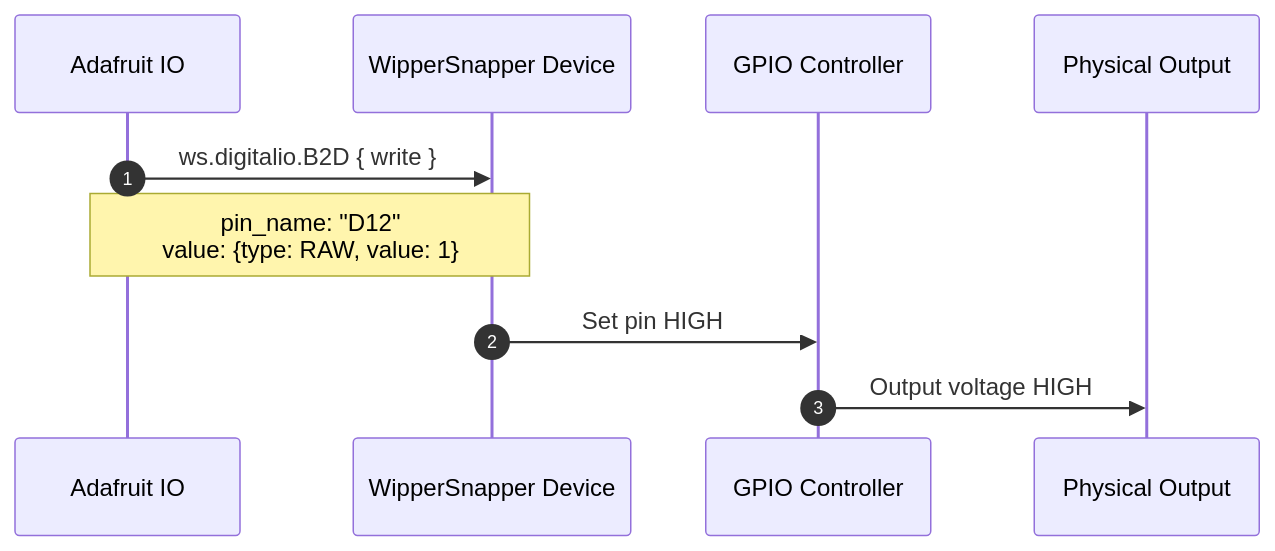
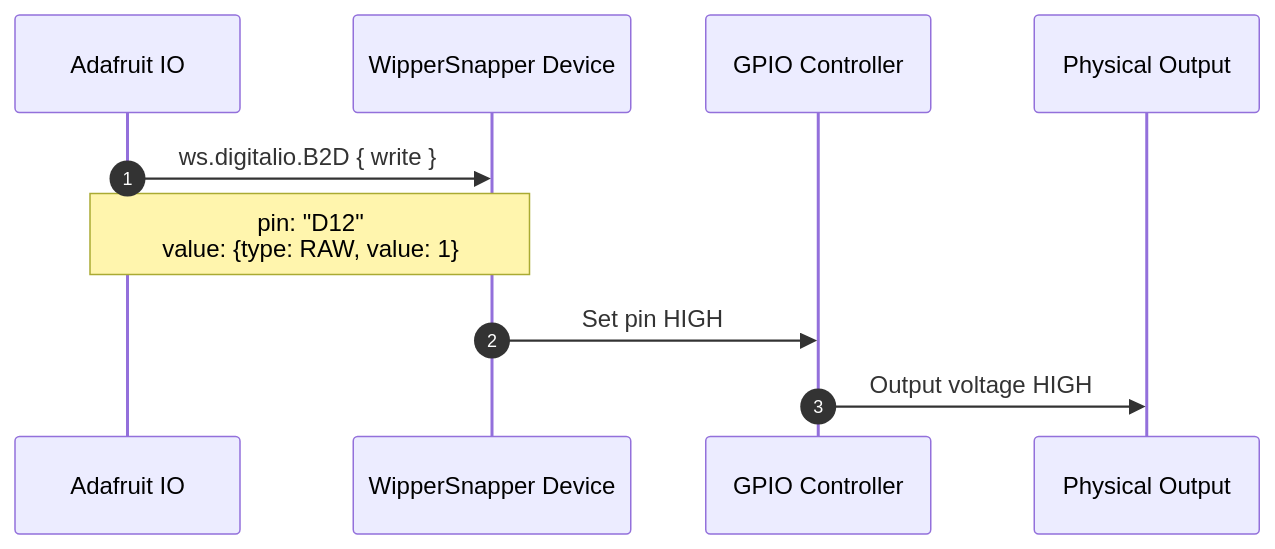
Before and after one commit to adafruit/Wippersnapper_Protobuf: the third of 4 diagrams in proto/wippersnapper/docs/digitalio.md, drawn with Mermaid. The commit also changed other lines of this file and 10 other files, not shown here.

Commit message:
rename pin_name to pin everywhere

````diff
--- a/proto/wippersnapper/docs/digitalio.md
+++ b/proto/wippersnapper/docs/digitalio.md
@@ -104,14 +104,14 @@
 ```mermaid
 sequenceDiagram
 autonumber
 participant IO as Adafruit IO
 participant Device as WipperSnapper Device
 participant GPIO as GPIO Controller
 participant LED as Physical Output
 
 IO->>Device: ws.digitalio.B2D { write }
-Note over IO,Device: pin_name: "D12"<br/>value: {type: RAW, value: 1}
+Note over IO,Device: pin: "D12"<br/>value: {type: RAW, value: 1}
 
 Device->>GPIO: Set pin HIGH
 GPIO->>LED: Output voltage HIGH
 ```
````
